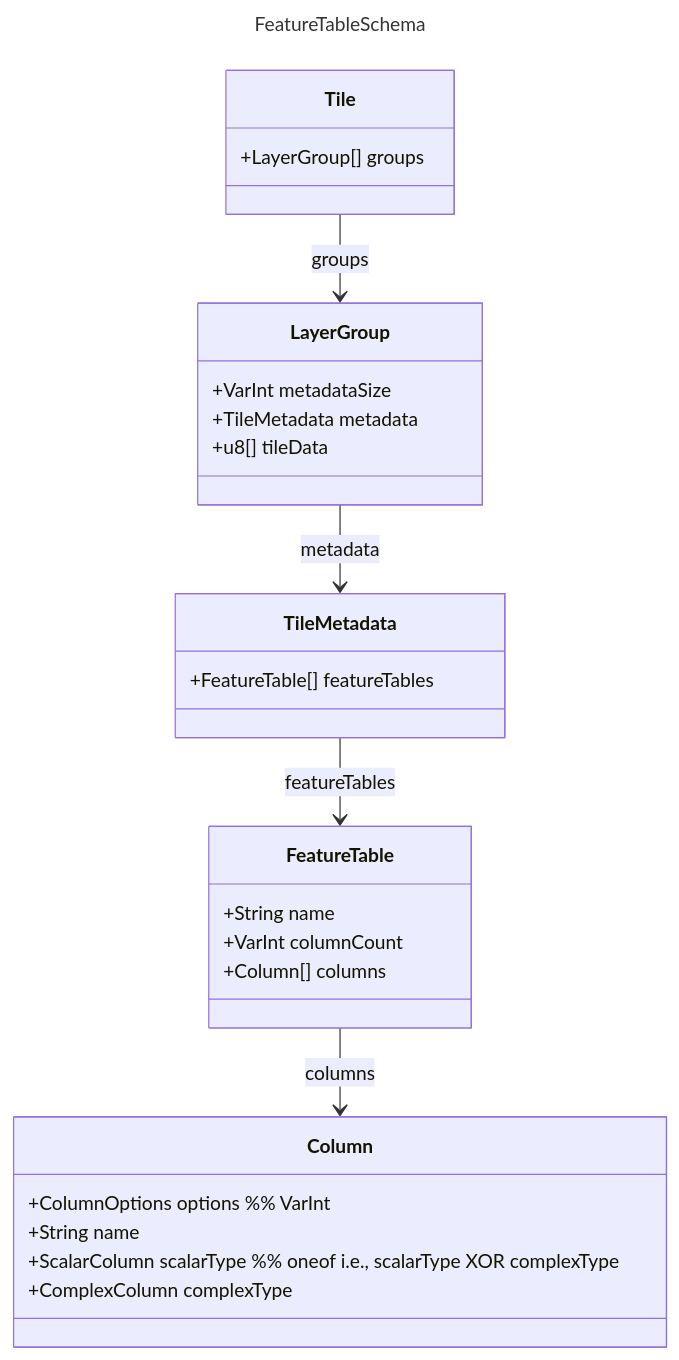
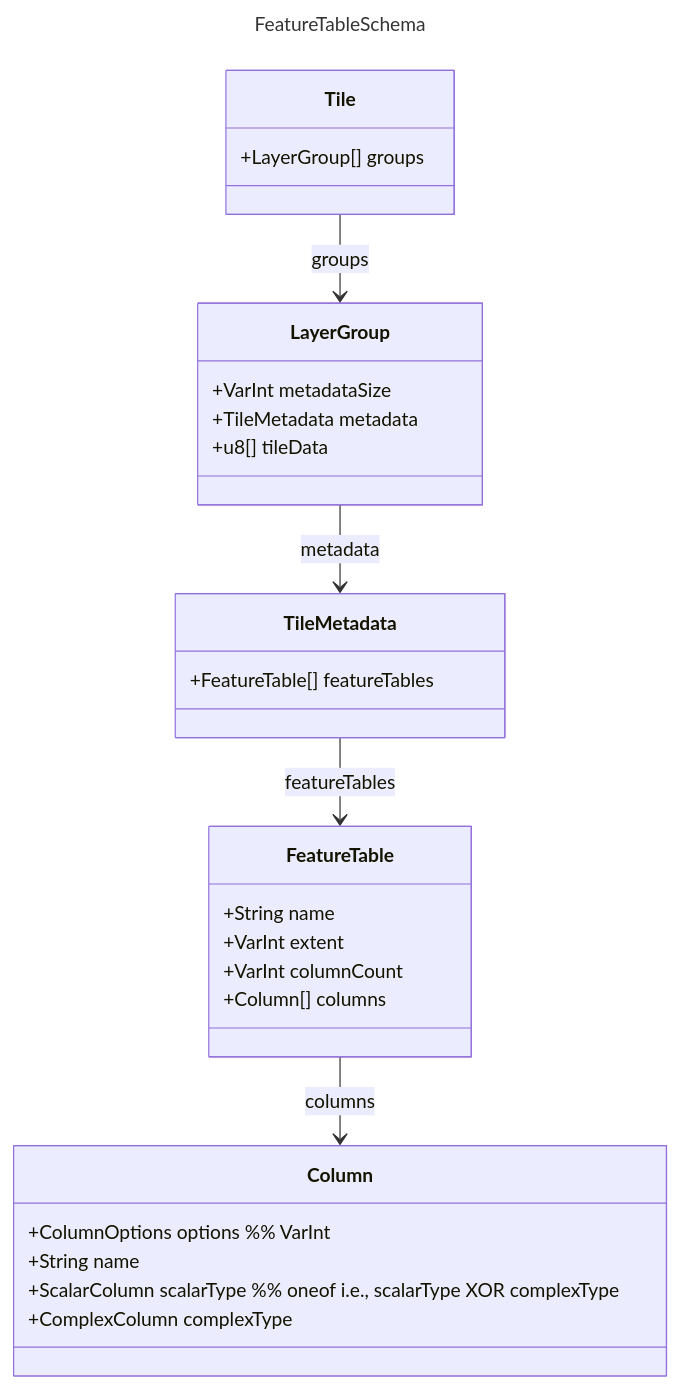
Before and after one commit to maplibre/maplibre-tile-spec: the second of 6 diagrams in docs/specification.md, drawn with Mermaid. The commit also changed other lines of this file, not shown here.

First line of the commit message:
spec: add missing extent field to FeatureTableMetadata schema (#1463)

````diff
--- a/docs/specification.md
+++ b/docs/specification.md
@@ -172,41 +172,42 @@
 ```mermaid
 ---
 config:
   class:
     hideEmptyMembersBox: true
 title: FeatureTableSchema
 ---
 classDiagram
 direction TB
     class Tile {
       +LayerGroup[] groups
     }
 
     class LayerGroup {
       +VarInt metadataSize
       +TileMetadata metadata
       +u8[] tileData
     }
 
     class TileMetadata {
       +FeatureTable[] featureTables
     }
 
     class FeatureTable {
       +String name
+      +VarInt extent
       +VarInt columnCount
       +Column[] columns
     }
 
     class Column {
       +ColumnOptions options %% VarInt
       +String name
       +ScalarColumn scalarType %% oneof i.e., scalarType XOR complexType
       +ComplexColumn complexType
     }
 
     Tile --> LayerGroup : groups
     LayerGroup --> TileMetadata : metadata
     TileMetadata --> FeatureTable : featureTables
     FeatureTable --> Column : columns
 ```
````
